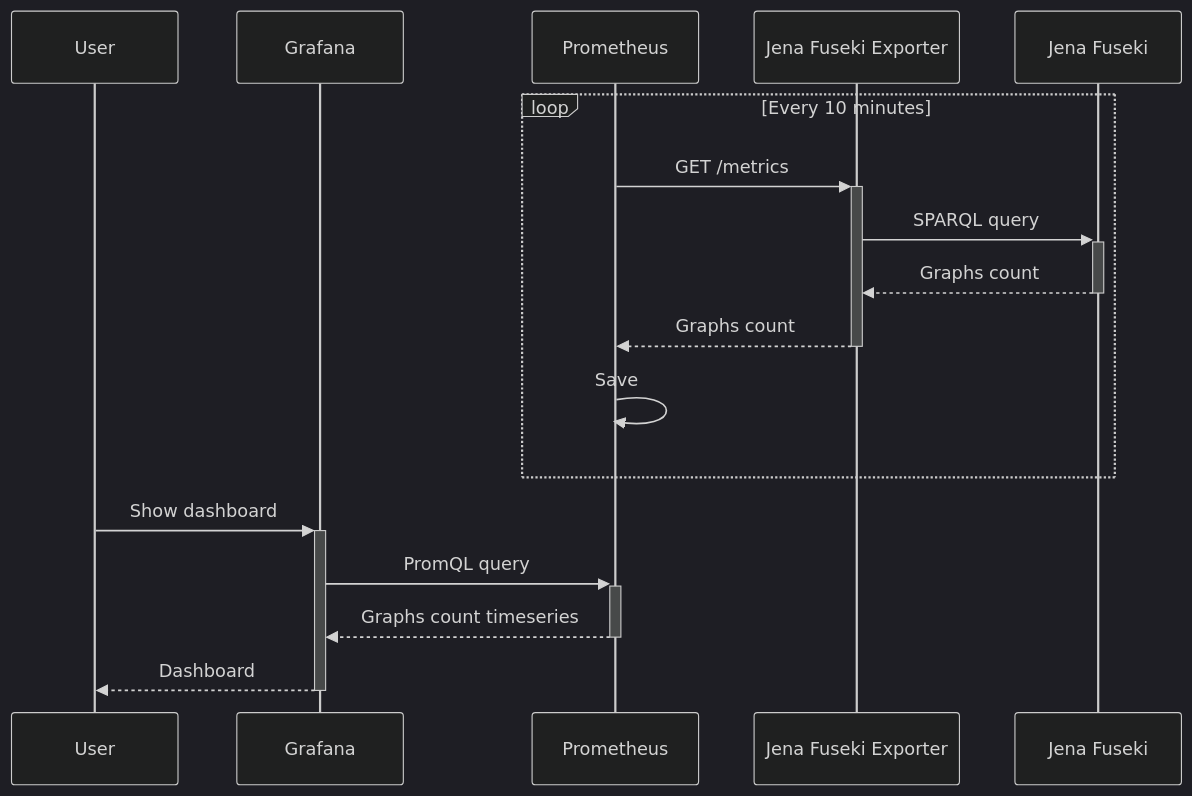
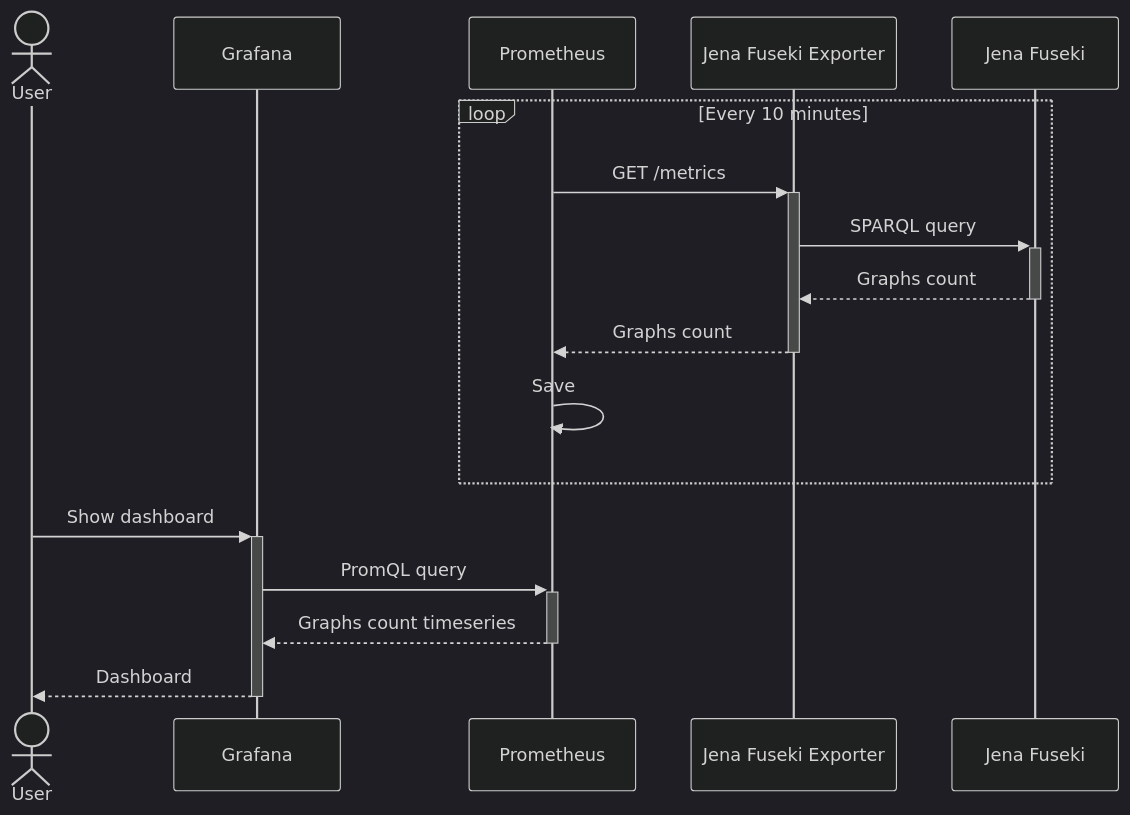
Before and after one commit to glaciation-heu/jena-fuseki-exporter: the diagram in README.md, drawn with Mermaid (dark theme).

````diff
--- a/README.md
+++ b/README.md
@@ -7,19 +7,19 @@
 ```mermaid
 sequenceDiagram
-    participant User
+    actor User
     participant Grafana
     participant Prometheus
     participant Jena Fuseki Exporter
     participant Jena Fuseki Exporter
     loop Every 10 minutes
         Prometheus->>+Jena Fuseki Exporter: GET /metrics
         Jena Fuseki Exporter->>+Jena Fuseki: SPARQL query
         Jena Fuseki-->>-Jena Fuseki Exporter: Graphs count
         Jena Fuseki Exporter-->>-Prometheus: Graphs count
         Prometheus->>Prometheus: Save
     end
     User->>+Grafana: Show dashboard
     Grafana->>+Prometheus: PromQL query
     Prometheus-->>-Grafana: Graphs count timeseries
     Grafana-->>-User: Dashboard
 ```
````
